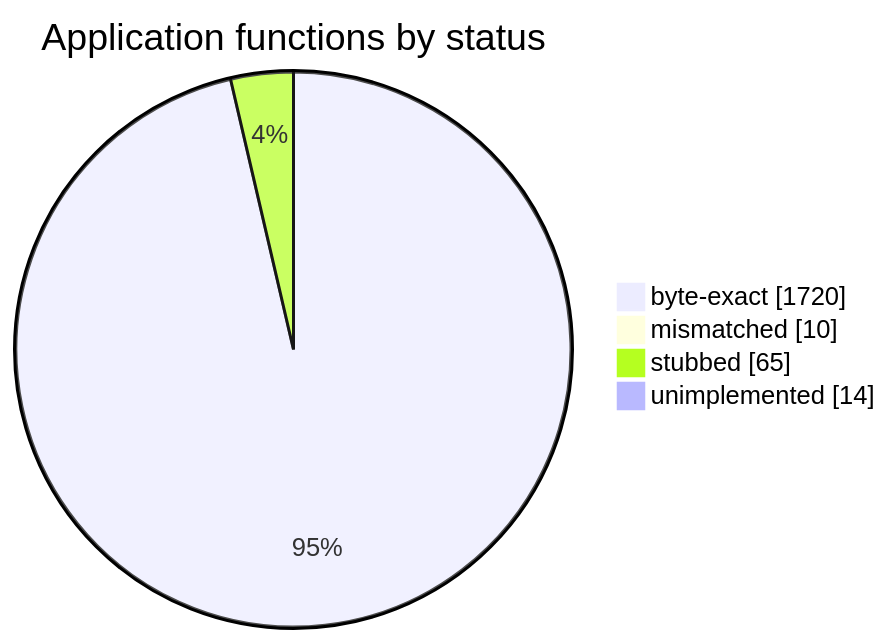
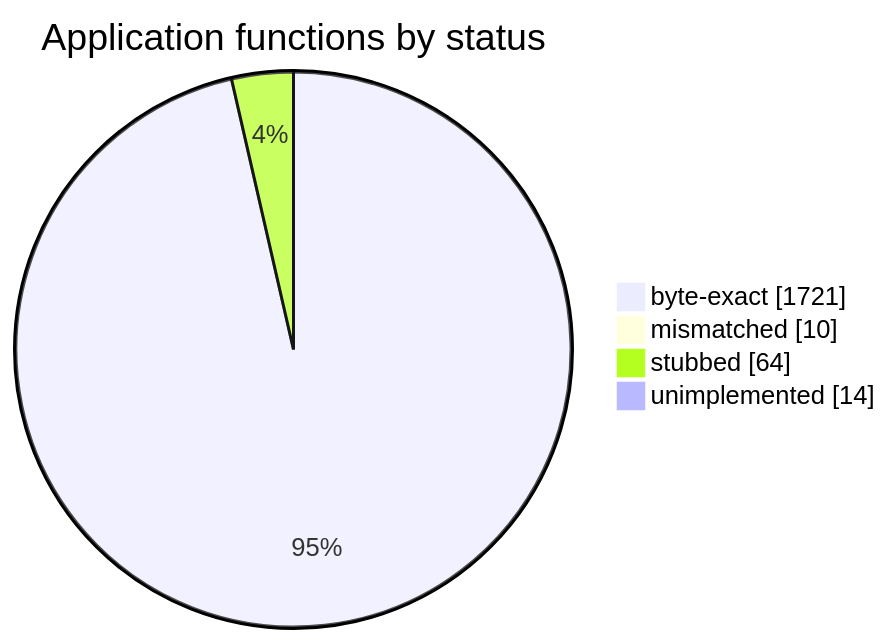
The diagram in README.md (sorokya/eos), drawn with Mermaid before and after one commit. The commit also changed other lines of this file and 1 other file, not shown here.

````diff
--- a/README.md
+++ b/README.md
@@ -154,8 +154,8 @@
 ```mermaid
 pie showData
     title Application functions by status
-    "byte-exact" : 1720
+    "byte-exact" : 1721
     "mismatched" : 10
-    "stubbed" : 65
+    "stubbed" : 64
     "unimplemented" : 14
 ```
````
